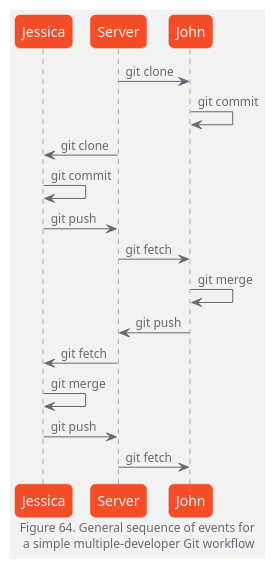
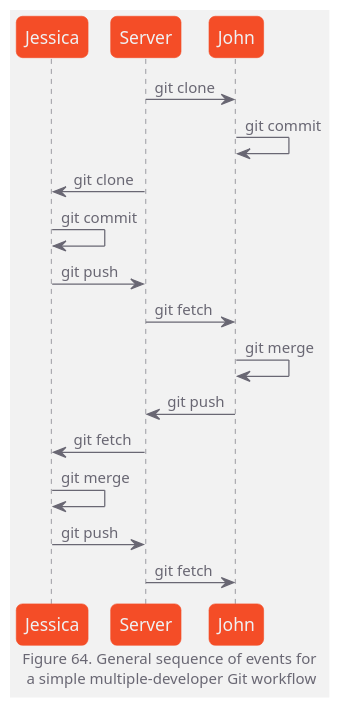
One commit to shiw13/plantuml changed the diagram in sequence.puml. Above: the diagram before and after it, drawn with PlantUML. The commit also changed 1 other file, not shown here.

```diff
--- a/sequence.puml
+++ b/sequence.puml
@@ -1,54 +1,58 @@
 @startuml
 
 <style>
 document {
   FontSize 12
   FontColor #696773
   BackgroundColor #f2f2f2
 }
 
 sequenceDiagram {
   FontColor #696773
 
   arrow {
     FontSize 12
     LineColor #696773
   }
 
   participant {
     FontSize 14
     FontColor #eff1f3
     LineColor #f44d27
     BackgroundColor #f44d27
   }
 
   lifeLine {
     LineColor #696773
   }
 }
 </style>
 
 skinparam defaultFontName JetBrains Mono
 skinparam shadowing false
 skinparam roundCorner 10
+skinparam dpi 300
+
+scale 600 width
+scale 220 height
 
 participant Jessica
 participant Server
 participant John
 
 Server -> John: git clone
 John -> John: git commit
 Server -> Jessica: git clone
 Jessica -> Jessica: git commit
 Jessica -> Server: git push
 Server -> John: git fetch
 John -> John: git merge
 John -> Server: git push
 Server -> Jessica: git fetch
 Jessica -> Jessica: git merge
 Jessica -> Server: git push
 Server -> John: git fetch
 
 footer Figure 64. General sequence of events for\n a simple multiple-developer Git workflow
 
 @enduml
```
